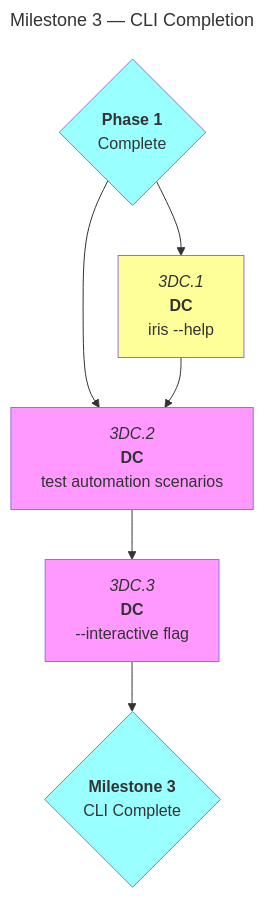
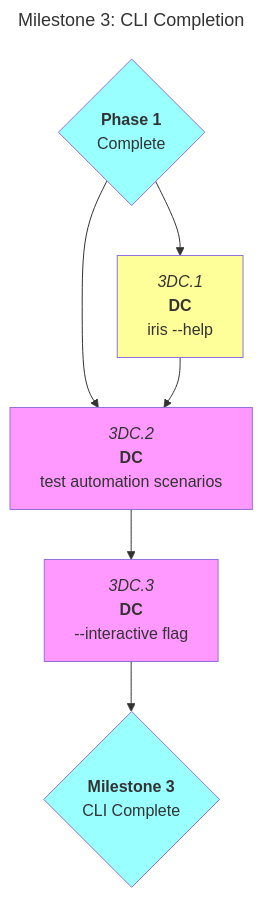
The second of 5 diagrams in docs/roadmaps/v0b-2602/redux-2_prod.md (foundersandcoders/iris), drawn with Mermaid before and after one commit. The commit also changed other lines of this file and 70 other files, not shown here.

````diff
--- a/docs/roadmaps/v0b-2602/redux-2_prod.md
+++ b/docs/roadmaps/v0b-2602/redux-2_prod.md
@@ -41,18 +41,18 @@
 ```mermaid
 ---
-title: Milestone 3 — CLI Completion
+title: "Milestone 3: CLI Completion"
 ---
 graph TD
 
 phase1{"`**Phase 1**<br/>Complete`"}:::mile --> 3DC.1 & 3DC.2
 
 3DC.1["`*3DC.1*<br/>**DC**<br/>iris --help`"]:::open --> 3DC.2
 3DC.2["`*3DC.2*<br/>**DC**<br/>test automation scenarios`"]:::blocked --> 3DC.3
 3DC.3["`*3DC.3*<br/>**DC**<br/>--interactive flag`"]:::blocked --> m3
 
 m3{"`**Milestone 3**<br/>CLI Complete`"}:::mile
 
 classDef open fill:#ff9;
 classDef blocked fill:#f9f;
 classDef mile fill:#9ff;
 ```
````
